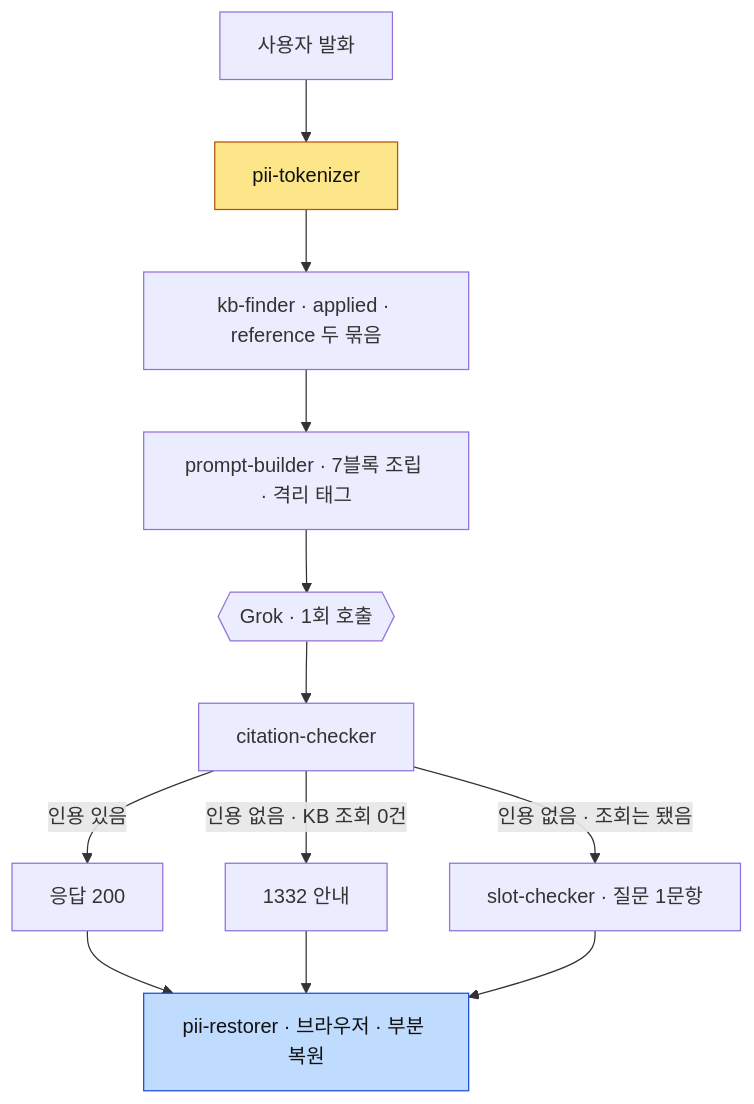
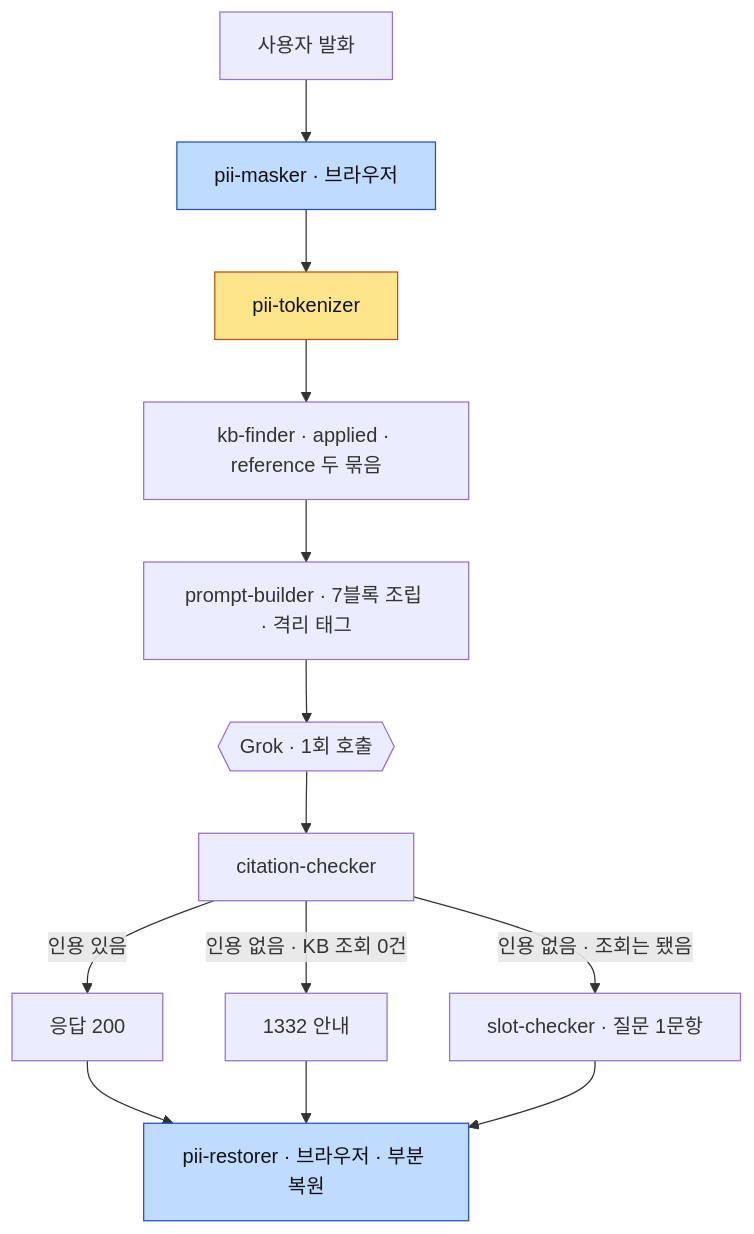
The third of 7 diagrams in ARCHITECTURE.md (Dojaegyum/fsec-ai-challenge), drawn with Mermaid before and after one commit. The commit also changed other lines of this file and 6 other files, not shown here.

````diff
--- a/ARCHITECTURE.md
+++ b/ARCHITECTURE.md
@@ -158,19 +167,21 @@
 ```mermaid
 flowchart TB
-    IN["사용자 발화"] --> TOK2["pii-tokenizer"]
+    IN["사용자 발화"] --> MASK2["pii-masker · 브라우저"]
+    MASK2 --> TOK2["pii-tokenizer"]
     TOK2 --> FIND["kb-finder · applied · reference 두 묶음"]
     FIND --> PB["prompt-builder · 7블록 조립 · 격리 태그"]
     PB --> LLM{{"Grok · 1회 호출"}}
     LLM --> CC["citation-checker"]
 
     CC -->|"인용 있음"| OUT["응답 200"]
     CC -->|"인용 없음 · KB 조회 0건"| G1332["1332 안내"]
     CC -->|"인용 없음 · 조회는 됐음"| SLOT["slot-checker · 질문 1문항"]
 
     OUT --> BROWSER["pii-restorer · 브라우저 · 부분 복원"]
     G1332 --> BROWSER
     SLOT --> BROWSER
 
+    style MASK2 fill:#bfdbfe,stroke:#1d4ed8,color:#111
     style TOK2 fill:#fde68a,stroke:#b45309,color:#111
     style BROWSER fill:#bfdbfe,stroke:#1d4ed8,color:#111
 ```
````
